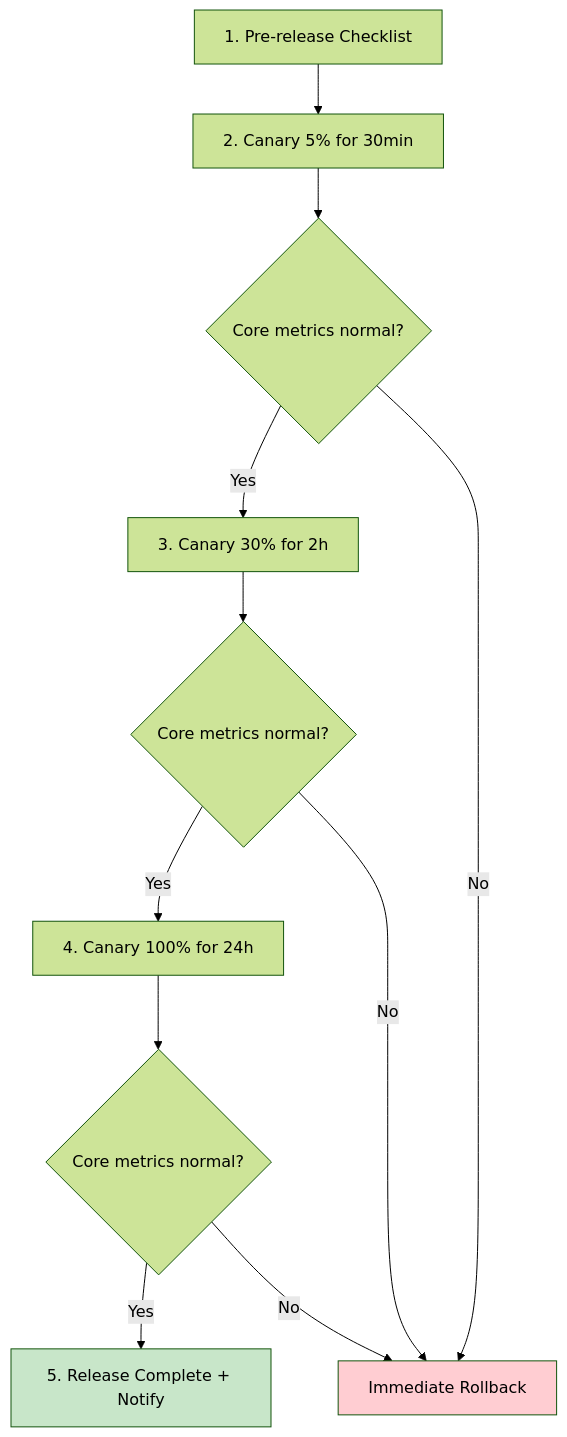
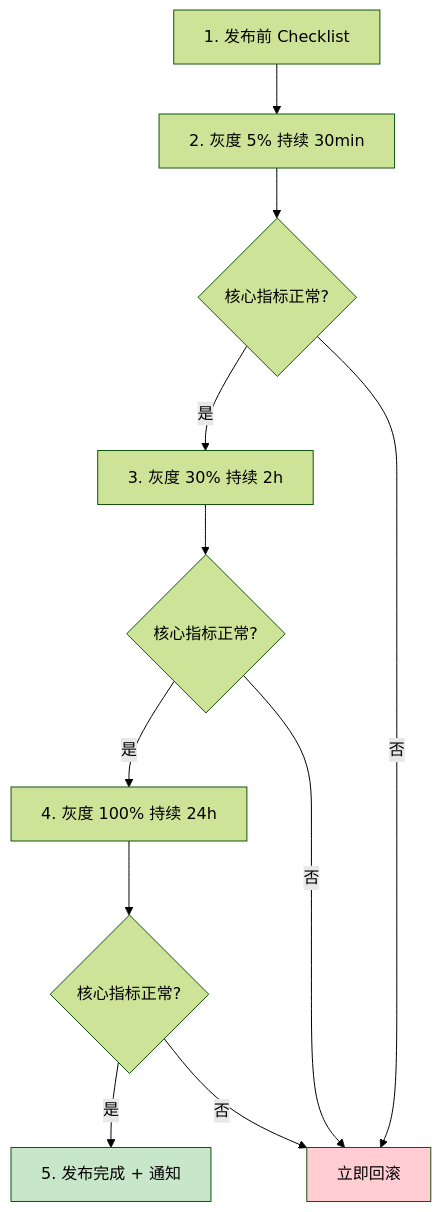
The first of 2 diagrams in templates/Product/Retirement/Template-Knowledge-Base.md (Kirky-X/cangjie), drawn with Mermaid (forest theme) before and after one commit. The commit also changed other lines of this file and 33 other files, not shown here.

````diff
--- a/templates/Product/Retirement/Template-Knowledge-Base.md
+++ b/templates/Product/Retirement/Template-Knowledge-Base.md
@@ -252,15 +252,15 @@
 ```mermaid
 flowchart TD
-    A[1. Pre-release Checklist] --> B[2. Canary 5% for 30min]
-    B --> C{Core metrics normal?}
-    C -->|Yes| D[3. Canary 30% for 2h]
-    C -->|No| Z[Immediate Rollback]
-    D --> E{Core metrics normal?}
-    E -->|Yes| F[4. Canary 100% for 24h]
-    E -->|No| Z
-    F --> G{Core metrics normal?}
-    G -->|Yes| H[5. Release Complete + Notify]
-    G -->|No| Z
+    A[1. 发布前 Checklist] --> B[2. 灰度 5% 持续 30min]
+    B --> C{核心指标正常?}
+    C -->|是| D[3. 灰度 30% 持续 2h]
+    C -->|否| Z[立即回滚]
+    D --> E{核心指标正常?}
+    E -->|是| F[4. 灰度 100% 持续 24h]
+    E -->|否| Z
+    F --> G{核心指标正常?}
+    G -->|是| H[5. 发布完成 + 通知]
+    G -->|否| Z
     style Z fill:#ffcdd2
     style H fill:#c8e6c9
 ```
````
